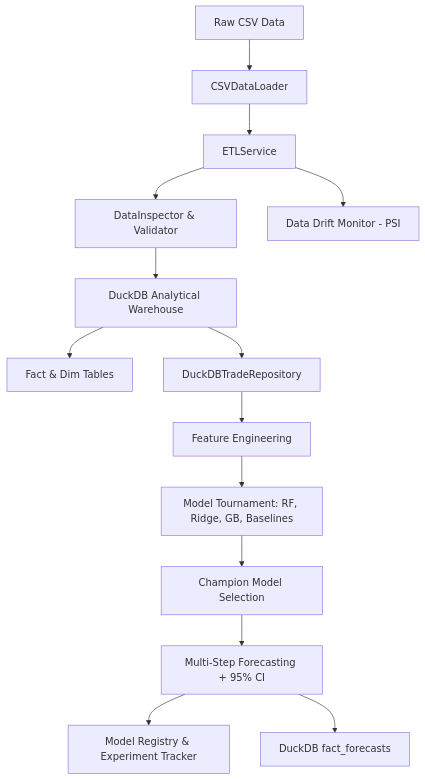
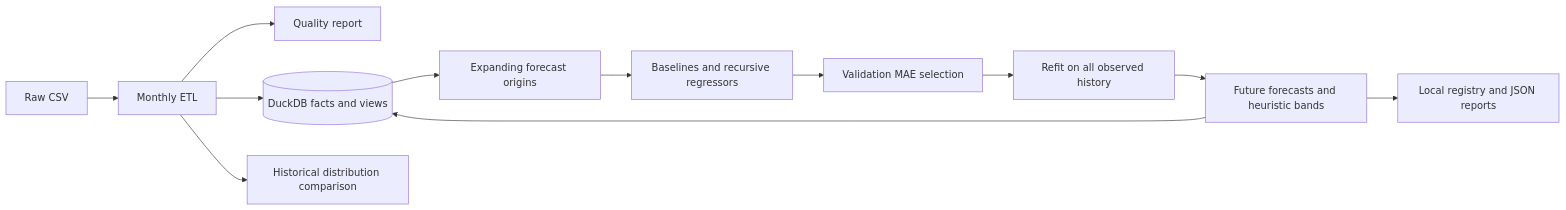
One commit to karsterr/aquatrade-mlops changed the diagram in README.md. Above: the diagram before and after it, drawn with Mermaid. The commit also changed other lines of this file and 5 other files, not shown here.

````diff
--- a/README.md
+++ b/README.md
@@ -66,16 +35,14 @@
 ```mermaid
-graph TD
-    A[Raw CSV Data] --> B[CSVDataLoader]
-    B --> C[ETLService]
-    C --> D[DataInspector & Validator]
-    D --> E[DuckDB Analytical Warehouse]
-    E --> F[Fact & Dim Tables]
-    E --> G[DuckDBTradeRepository]
-    G --> H[Feature Engineering]
-    H --> I[Model Tournament: RF, Ridge, GB, Baselines]
-    I --> J[Champion Model Selection]
-    J --> K[Multi-Step Forecasting + 95% CI]
-    K --> L[Model Registry & Experiment Tracker]
-    K --> M[DuckDB fact_forecasts]
-    C --> N[Data Drift Monitor - PSI]
+flowchart LR
+  CSV[Raw CSV] --> ETL[Monthly ETL]
+  ETL --> Quality[Quality report]
+  ETL --> DB[(DuckDB facts and views)]
+  DB --> Origins[Expanding forecast origins]
+  Origins --> Candidates[Baselines and recursive regressors]
+  Candidates --> Selection[Validation MAE selection]
+  Selection --> Refit[Refit on all observed history]
+  Refit --> Forecasts[Future forecasts and heuristic bands]
+  Forecasts --> Registry[Local registry and JSON reports]
+  Forecasts --> DB
+  ETL --> PSI[Historical distribution comparison]
 ```
````
